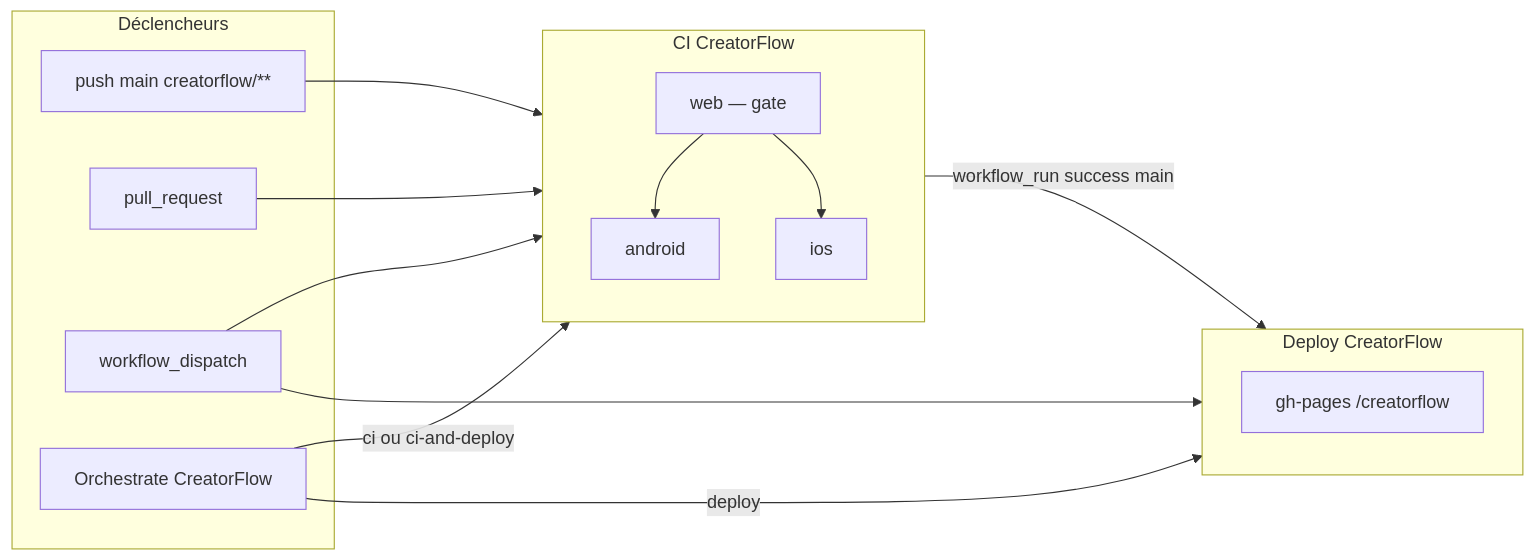
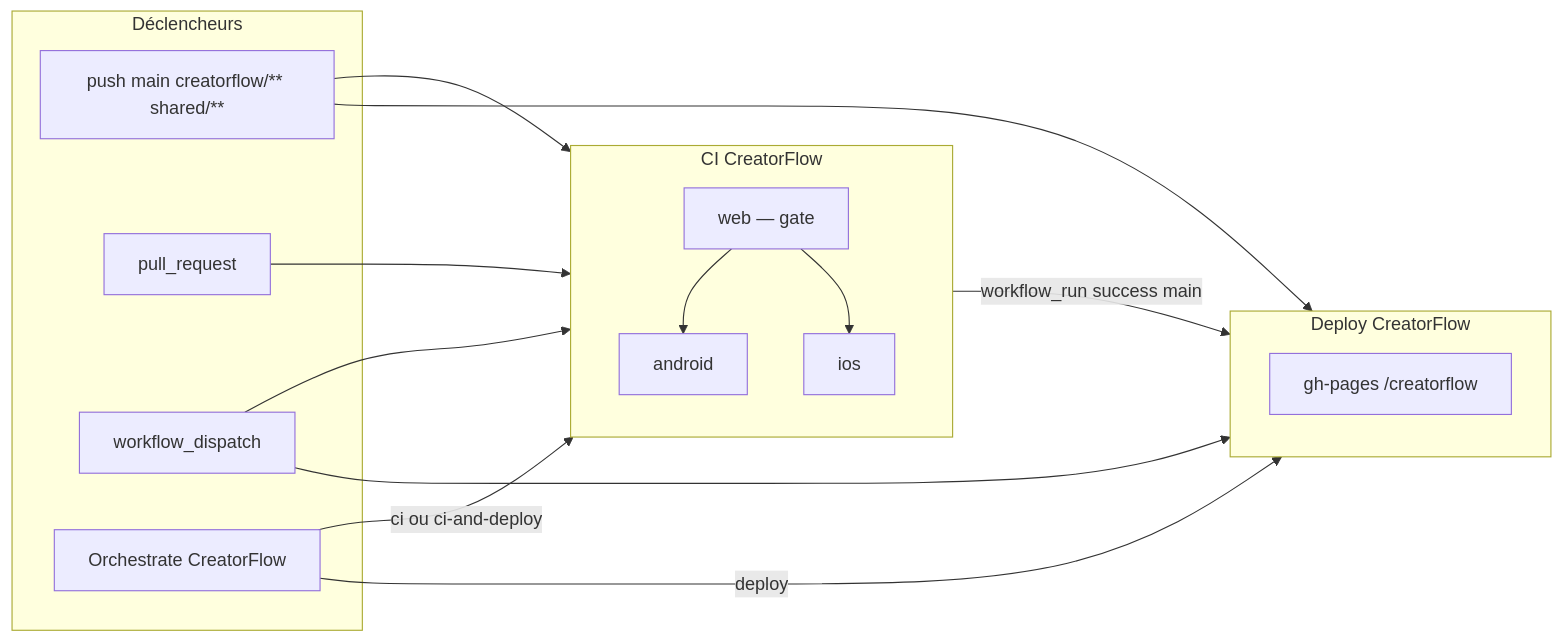
The diagram in docs/GHA_ORCHESTRATION.md (carllaliberte/contract), drawn with Mermaid before and after one commit. The commit also changed other lines of this file and 8 other files, not shown here.

````diff
--- a/docs/GHA_ORCHESTRATION.md
+++ b/docs/GHA_ORCHESTRATION.md
@@ -7,29 +7,30 @@
 ```mermaid
 flowchart LR
   subgraph triggers [Déclencheurs]
-    push[push main creatorflow/**]
+    push[push main creatorflow/** shared/**]
     pr[pull_request]
     manual[workflow_dispatch]
     orch[Orchestrate CreatorFlow]
   end
 
   subgraph ci [CI CreatorFlow]
     web[web — gate]
     android[android]
     ios[ios]
     web --> android
     web --> ios
   end
 
   subgraph deploy [Deploy CreatorFlow]
     pages[gh-pages /creatorflow]
   end
 
   push --> ci
   pr --> ci
   manual --> ci
   orch -->|ci ou ci-and-deploy| ci
   orch -->|deploy| deploy
   ci -->|workflow_run success main| deploy
+  push --> deploy
   manual --> deploy
 ```
````
